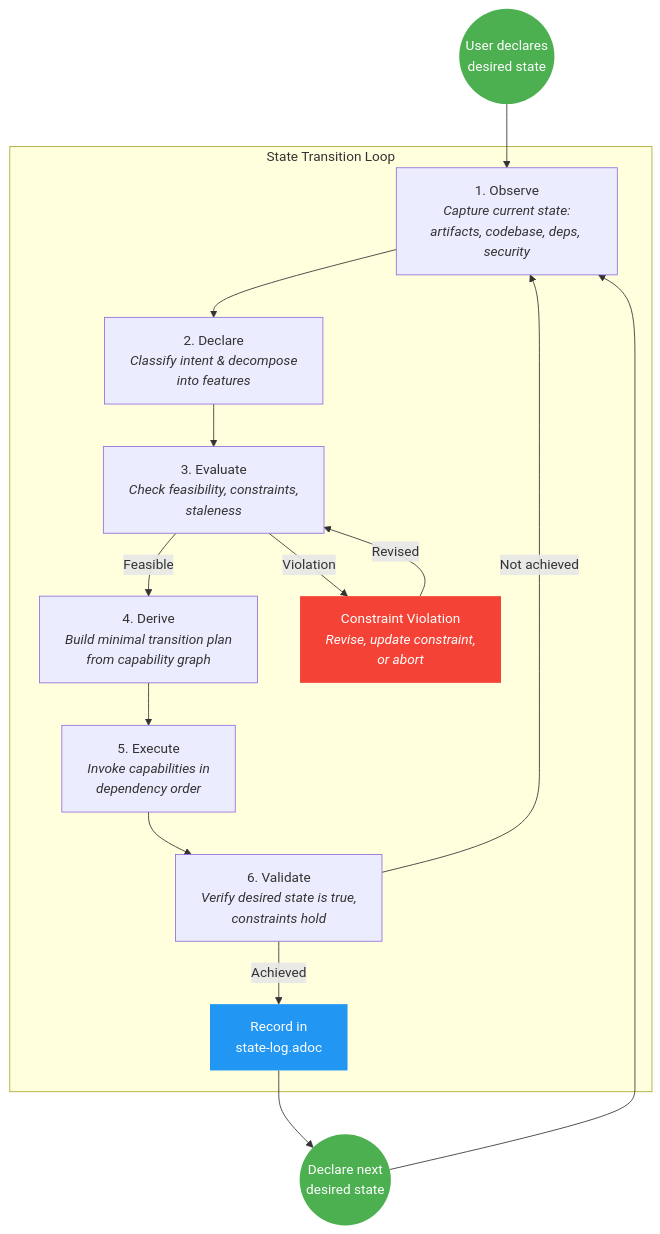
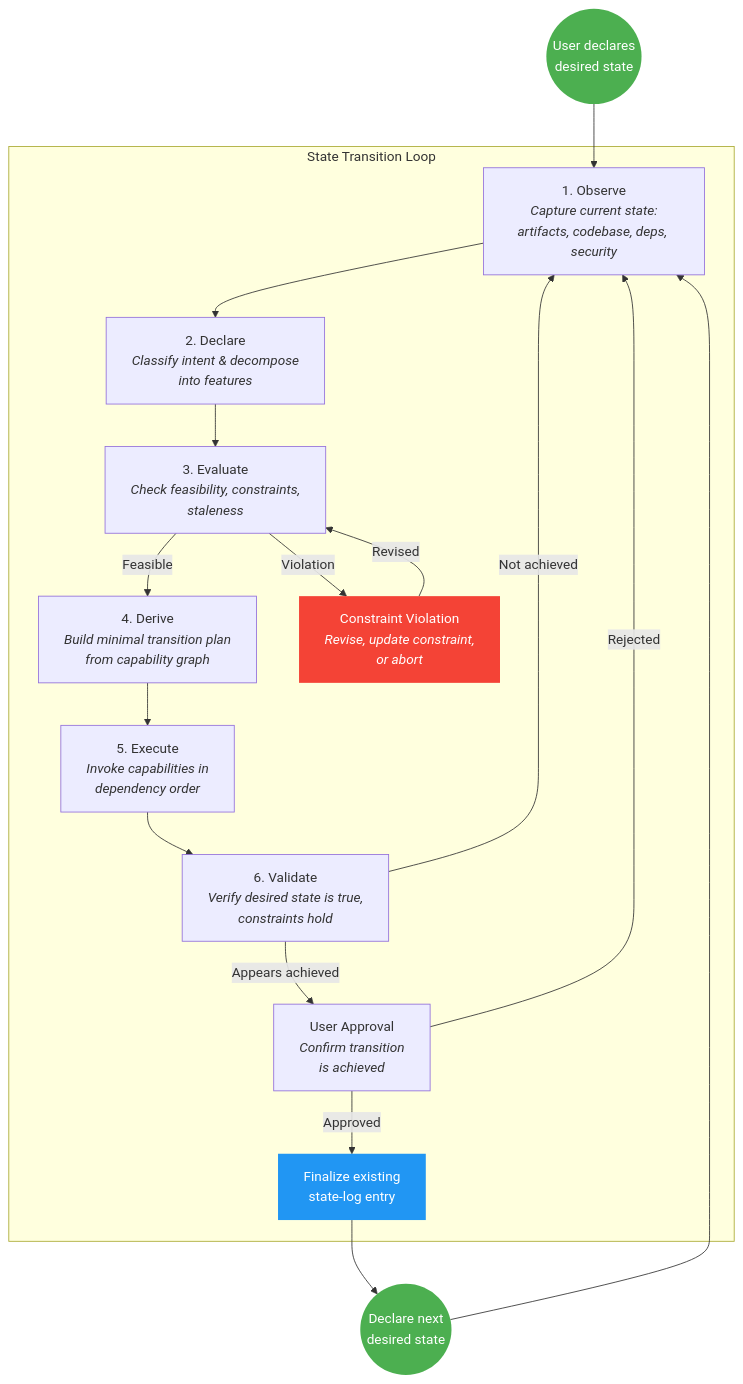
The first of 5 diagrams in README.md (provenimpact/proven-capability), drawn with Mermaid before and after one commit. The commit also changed other lines of this file and 19 other files, not shown here.

````diff
--- a/README.md
+++ b/README.md
@@ -9,31 +9,34 @@
 ```mermaid
 flowchart TD
     START((User declares<br/>desired state)) --> OBSERVE
 
     subgraph LOOP ["State Transition Loop"]
         OBSERVE["1. Observe<br/><i>Capture current state:<br/>artifacts, codebase, deps, security</i>"]
         DECLARE["2. Declare<br/><i>Classify intent &amp; decompose<br/>into features</i>"]
         EVALUATE["3. Evaluate<br/><i>Check feasibility, constraints,<br/>staleness</i>"]
         DERIVE["4. Derive<br/><i>Build minimal transition plan<br/>from capability graph</i>"]
         EXECUTE["5. Execute<br/><i>Invoke capabilities in<br/>dependency order</i>"]
         VALIDATE["6. Validate<br/><i>Verify desired state is true,<br/>constraints hold</i>"]
 
         OBSERVE --> DECLARE
         DECLARE --> EVALUATE
         EVALUATE -->|Feasible| DERIVE
         EVALUATE -->|Violation| BLOCK
         DERIVE --> EXECUTE
         EXECUTE --> VALIDATE
-        VALIDATE -->|Achieved| LOG
+        VALIDATE -->|Appears achieved| APPROVE
         VALIDATE -->|Not achieved| OBSERVE
+        APPROVE -->|Approved| LOG
+        APPROVE -->|Rejected| OBSERVE
     end
 
     BLOCK["Constraint Violation<br/><i>Revise, update constraint,<br/>or abort</i>"] -->|Revised| EVALUATE
-    LOG["Record in<br/>state-log.adoc"] --> NEXT
+    APPROVE["User Approval<br/><i>Confirm transition<br/>is achieved</i>"]
+    LOG["Finalize existing<br/>state-log entry"] --> NEXT
     NEXT((Declare next<br/>desired state)) --> OBSERVE
 
     style START fill:#4CAF50,color:#fff,stroke:none
     style NEXT fill:#4CAF50,color:#fff,stroke:none
     style BLOCK fill:#f44336,color:#fff,stroke:none
     style LOG fill:#2196F3,color:#fff,stroke:none
 ```
````
